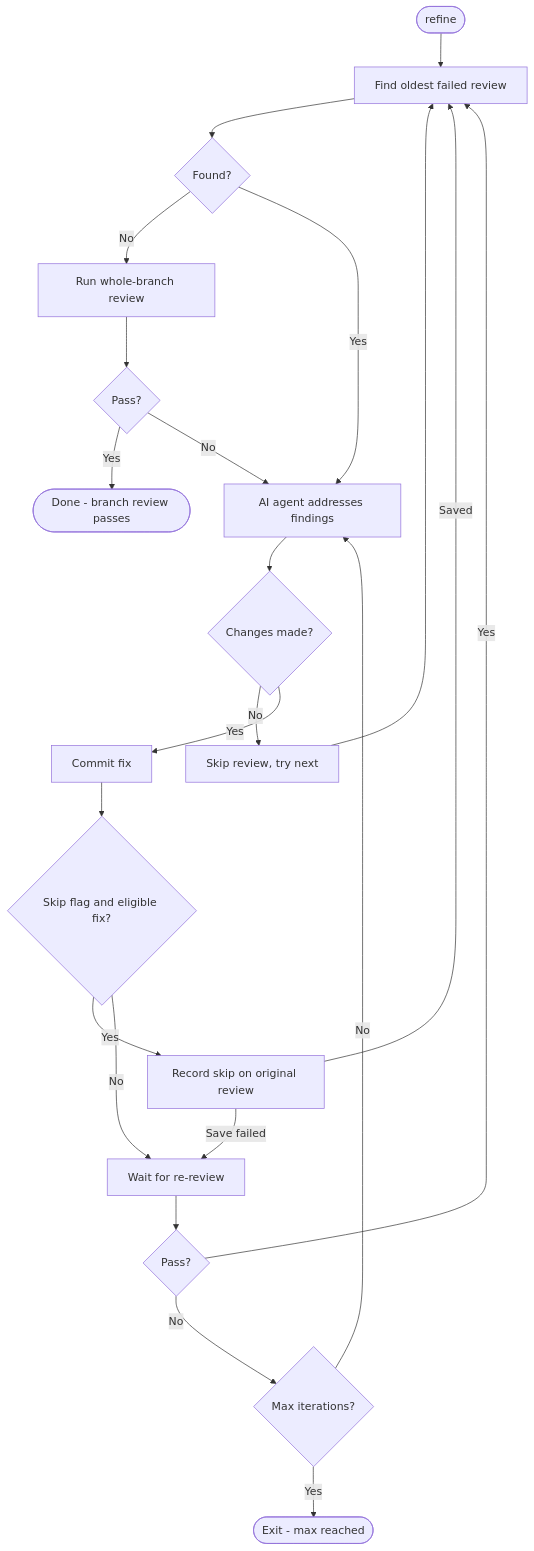
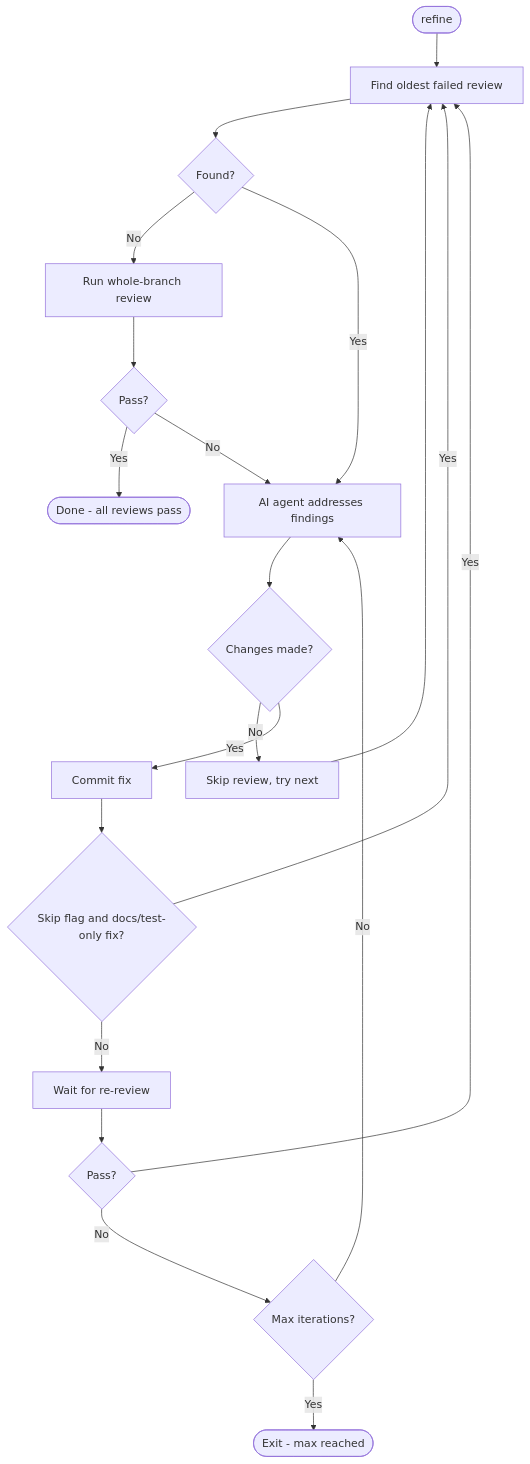
The diagram in docs/guides/auto-fixing.md (kenn-io/roborev), drawn with Mermaid before and after one commit. The commit also changed other lines of this file and 6 other files, not shown here.

First line of the commit message:
refactor(refine): reduce trivial re-review skip to a path check

````diff
--- a/docs/guides/auto-fixing.md
+++ b/docs/guides/auto-fixing.md
@@ -44,24 +44,22 @@
 ```mermaid
 flowchart TD
     Start([refine]) --> Find[Find oldest failed review]
     Find --> A{Found?}
     A -->|No| Branch[Run whole-branch review]
     Branch --> C{Pass?}
-    C -->|Yes| Done([Done - branch review passes])
+    C -->|Yes| Done([Done - all reviews pass])
     C -->|No| Fix
     A -->|Yes| Fix[AI agent addresses findings]
     Fix --> Changes{Changes made?}
     Changes -->|No| Skip[Skip review, try next]
     Skip --> Find
     Changes -->|Yes| Commit[Commit fix]
-    Commit --> Trivial{Skip flag and eligible fix?}
-    Trivial -->|Yes| Record[Record skip on original review]
-    Record -->|Saved| Find
-    Record -->|Save failed| Wait
+    Commit --> Trivial{Skip flag and docs/test-only fix?}
+    Trivial -->|Yes| Find
     Trivial -->|No| Wait[Wait for re-review]
     Wait --> Pass{Pass?}
     Pass -->|Yes| Find
     Pass -->|No| MaxCheck{Max iterations?}
     MaxCheck -->|No| Fix
     MaxCheck -->|Yes| Fail([Exit - max reached])
 ```
````
